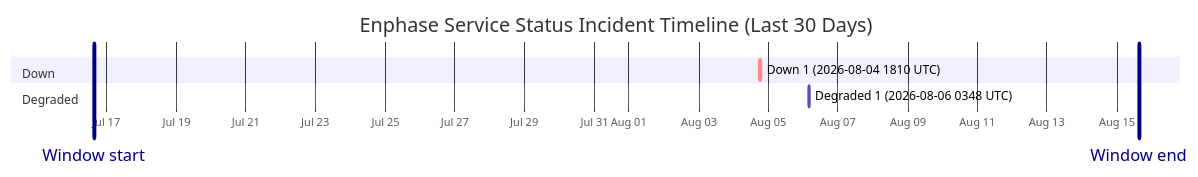
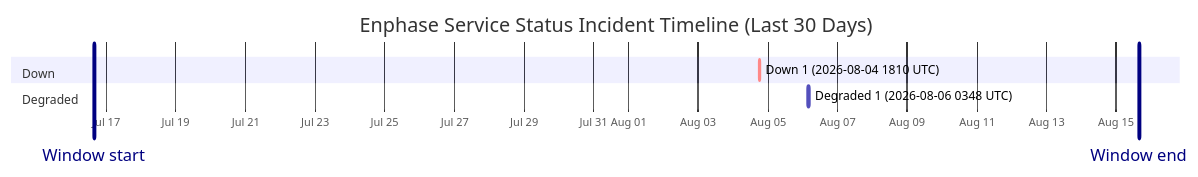
One commit to barneyonline/ha-enphase-energy changed the diagram in wiki/Service-Status-History.md. Above: the diagram before and after it, drawn with Mermaid. The commit also changed other lines of this file and 3 other files, not shown here.

````diff
--- a/wiki/Service-Status-History.md
+++ b/wiki/Service-Status-History.md
@@ -14,12 +14,12 @@
 ```mermaid
 gantt
     title Enphase Service Status Incident Timeline (Last 30 Days)
     dateFormat  YYYY-MM-DDTHH:mm:ss
     axisFormat  %b %d
-    Window start :vert, window-start, 2026-07-16T15:17:53, 0ms
-    Window end :vert, window-end, 2026-08-15T15:17:53, 0ms
+    Window start :vert, window-start, 2026-07-16T15:44:51, 0ms
+    Window end :vert, window-end, 2026-08-15T15:44:51, 0ms
     section Down
     Down 1 (2026-08-04 1810 UTC) :crit, down-1, 2026-08-04T18:10:46, 60m
     section Degraded
     Degraded 1 (2026-08-06 0348 UTC) :active, degraded-1, 2026-08-06T03:48:14, 60m
 ```
````
